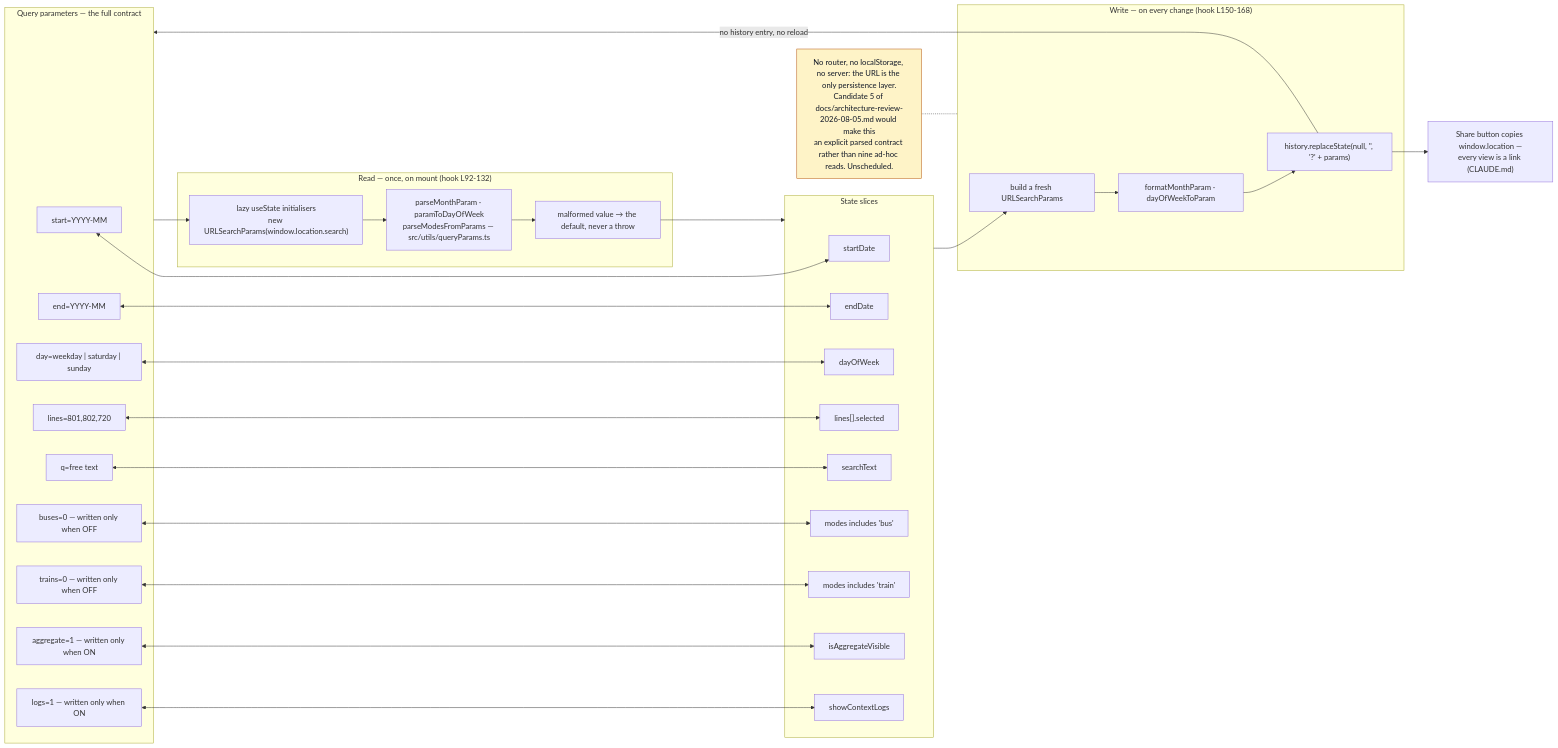
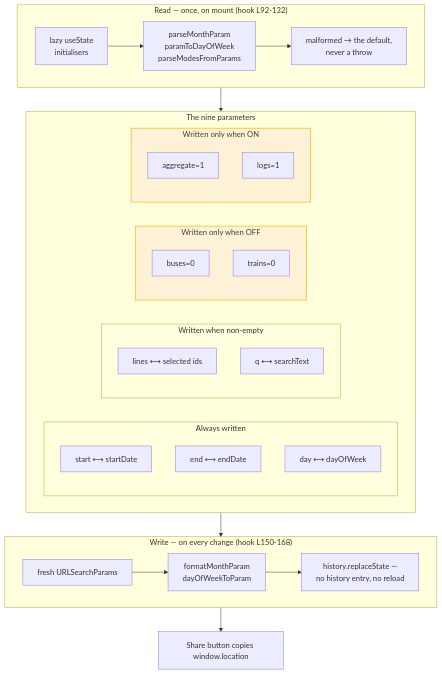
The tenth of 21 diagrams in docs/architecture/diagrams.md (streetsforall/metro_ridership_app), drawn with Mermaid before and after one commit. The commit also changed other lines of this file and 38 other files, not shown here.

First line of the commit message:
docs: redraw the diagrams in the app's palette, and unstick CLAUDE.md

````diff
--- a/docs/architecture/diagrams.md
+++ b/docs/architecture/diagrams.md
@@ -550,61 +633,55 @@
 ```mermaid
-flowchart LR
-  subgraph params["Query parameters — the full contract"]
-    p1["start=YYYY-MM"]
-    p2["end=YYYY-MM"]
-    p3["day=weekday | saturday | sunday"]
-    p4["lines=801,802,720"]
-    p5["q=free text"]
-    p6["buses=0 — written only when OFF"]
-    p7["trains=0 — written only when OFF"]
-    p8["aggregate=1 — written only when ON"]
-    p9["logs=1 — written only when ON"]
+flowchart TB
+  subgraph readPath["Read — once, on mount (hook L92-132)"]
+    direction LR
+    lazyInit["lazy useState<br/>initialisers"]
+    parsers["parseMonthParam<br/>paramToDayOfWeek<br/>parseModesFromParams"]
+    fallback["malformed → the default,<br/>never a throw"]
+    lazyInit --> parsers --> fallback
   end
 
-  subgraph state["State slices"]
-    s1["startDate"]
-    s2["endDate"]
-    s3["dayOfWeek"]
-    s4["lines[].selected"]
-    s5["searchText"]
-    s6["modes includes 'bus'"]
-    s7["modes includes 'train'"]
-    s8["isAggregateVisible"]
-    s9["showContextLogs"]
-  end
+  subgraph pairs["The nine parameters"]
+    direction LR
 
-  p1 <--> s1
-  p2 <--> s2
-  p3 <--> s3
-  p4 <--> s4
-  p5 <--> s5
-  p6 <--> s6
-  p7 <--> s7
-  p8 <--> s8
-  p9 <--> s9
+    subgraph always["Always written"]
+      direction TB
+      p1["start ⟷ startDate"]
+      p2["end ⟷ endDate"]
+      p3["day ⟷ dayOfWeek"]
+    end
 
-  subgraph readPath["Read — once, on mount (hook L92-132)"]
-    lazyInit["lazy useState initialisers<br/>new URLSearchParams(window.location.search)"]
-    parsers["parseMonthParam · paramToDayOfWeek<br/>parseModesFromParams — src/utils/queryParams.ts"]
-    fallback["malformed value → the default, never a throw"]
+    subgraph whenSet["Written when non-empty"]
+      direction TB
+      p4["lines ⟷ selected ids"]
+      p5["q ⟷ searchText"]
+    end
+
+    subgraph whenOff["Written only when OFF"]
+      direction TB
+      p6["buses=0"]
+      p7["trains=0"]
+    end
+
+    subgraph whenOn["Written only when ON"]
+      direction TB
+      p8["aggregate=1"]
+      p9["logs=1"]
+    end
   end
 
   subgraph writePath["Write — on every change (hook L150-168)"]
-    build["build a fresh URLSearchParams"]
-    formatters["formatMonthParam · dayOfWeekToParam"]
-    replace["history.replaceState(null, '', '?' + params)"]
+    direction LR
+    build["fresh URLSearchParams"]
+    formatters["formatMonthParam<br/>dayOfWeekToParam"]
+    replace["history.replaceState —<br/>no history entry, no reload"]
+    build --> formatters --> replace
   end
 
-  params --> lazyInit --> parsers --> fallback --> state
-  state --> build --> formatters --> replace
-  replace -- "no history entry, no reload" --> params
+  share["Share button copies window.location"]
 
-  share["Share button copies window.location —<br/>every view is a link (CLAUDE.md)"]
+  fallback --> pairs --> build
   replace --> share
 
-  note["No router, no localStorage, no server: the URL is the only persistence layer.<br/>Candidate 5 of docs/architecture-review-2026-08-05.md would make this<br/>an explicit parsed contract rather than nine ad-hoc reads. Unscheduled."]
-  note -.- writePath
-
-  classDef warn fill:#fef3c7,stroke:#b45309,color:#111827
-  class note warn
+  classDef pending fill:#fdf2d6,stroke:#fdb913,stroke-width:1.5px,color:#44403c
+  class whenOff,whenOn pending
 ```
````
